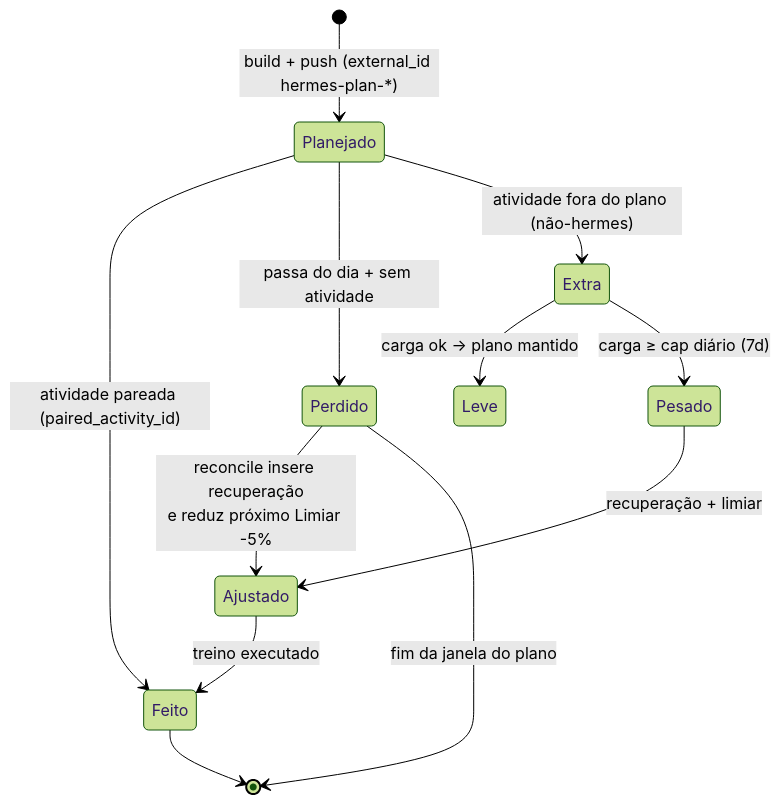
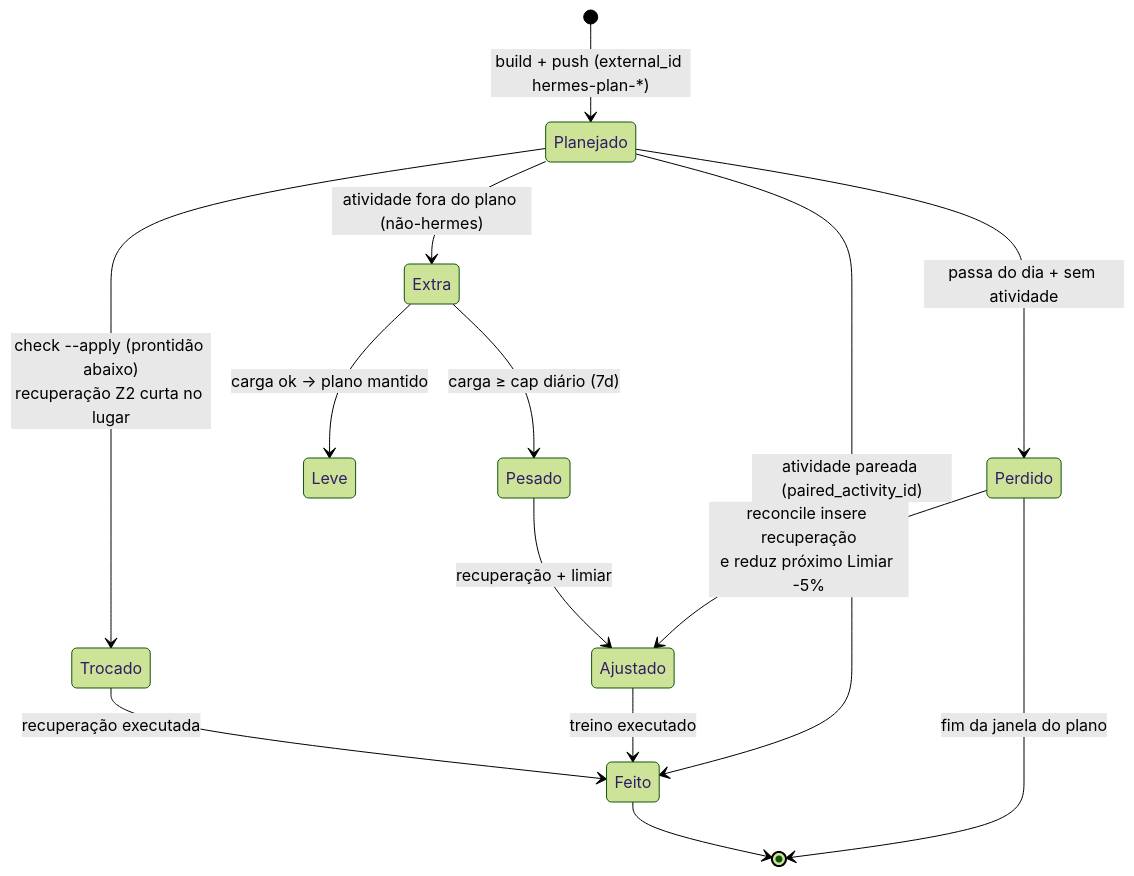
Before and after one commit to valdelin/Hermes-coach: the sixth of 6 diagrams in docs/DIAGRAMAS.md, drawn with Mermaid (forest theme). The commit also changed other lines of this file and 11 other files, not shown here.

Commit message:
docs: diagramas atualizados para v0.0.27 (check, PERIODIZATION, readiness) e PNGs regenerados

````diff
--- a/docs/DIAGRAMAS.md
+++ b/docs/DIAGRAMAS.md
@@ -285,14 +317,16 @@
 ```mermaid
 stateDiagram-v2
     [*] --> Planejado : build + push (external_id hermes-plan-*)
     Planejado --> Feito : atividade pareada (paired_activity_id)
     Planejado --> Perdido : passa do dia + sem atividade
+    Planejado --> Trocado : check --apply (prontidão abaixo)<br/>recuperação Z2 curta no lugar
     Perdido --> Ajustado : reconcile insere recuperação<br/>e reduz próximo Limiar -5%
     Planejado --> Extra : atividade fora do plano (não-hermes)
     Extra --> Leve : carga ok → plano mantido
     Extra --> Pesado : carga ≥ cap diário (7d)
     Pesado --> Ajustado : recuperação + limiar
     Ajustado --> Feito : treino executado
+    Trocado --> Feito : recuperação executada
     Perdido --> [*] : fim da janela do plano
     Feito --> [*]
 ```
````
